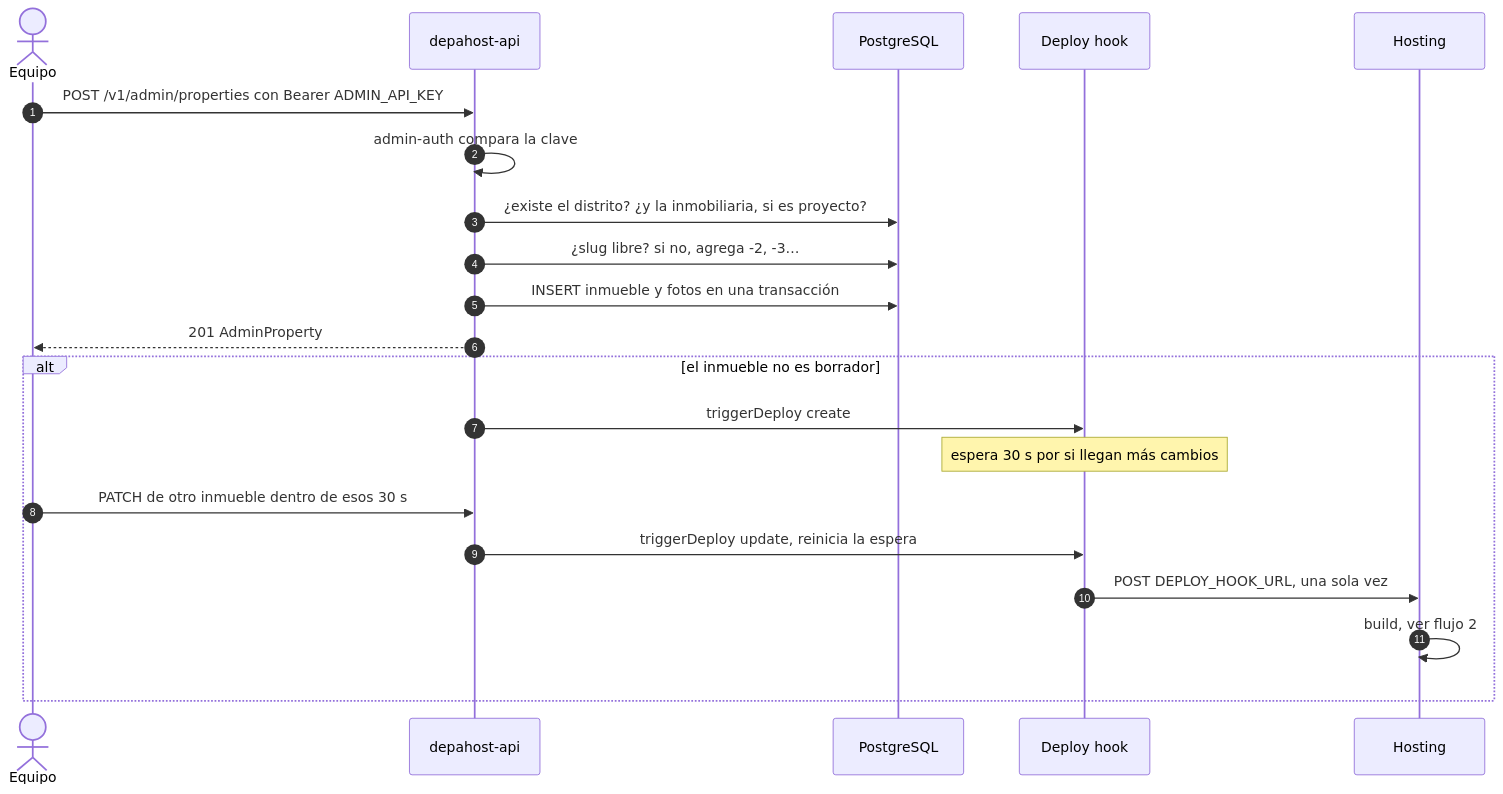
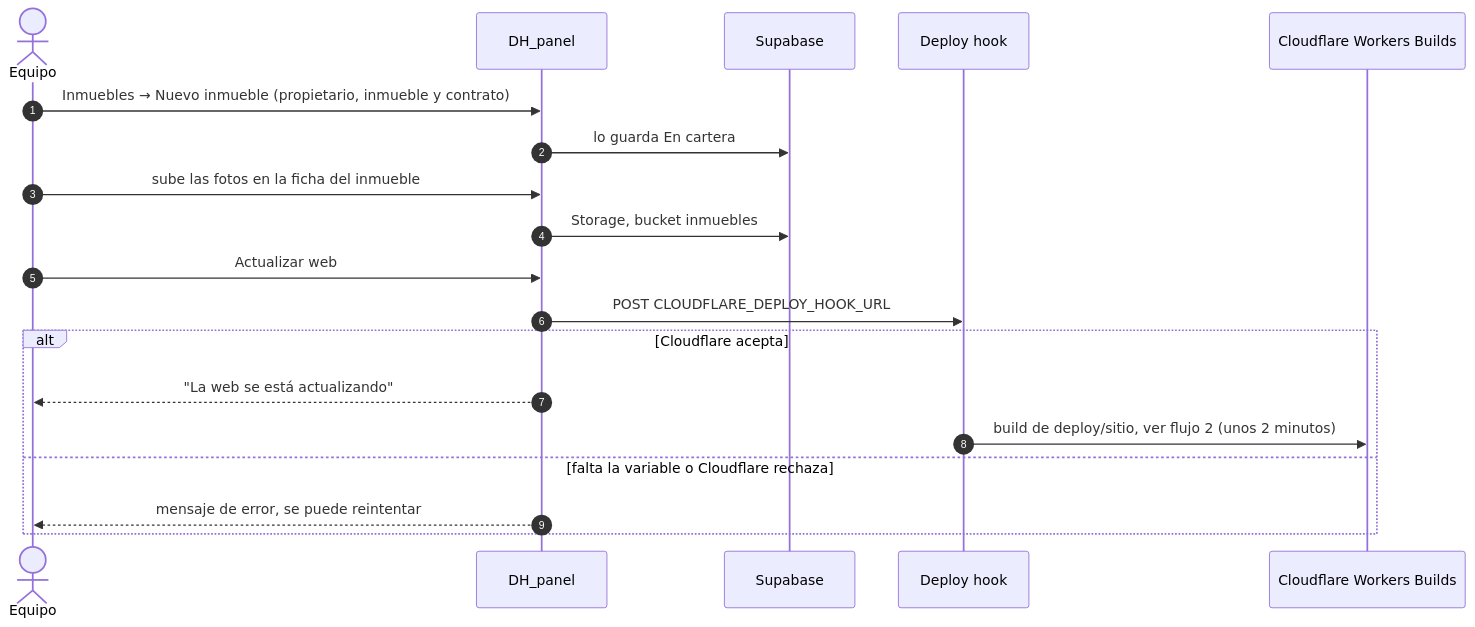
The third of 16 diagrams in docs/plataforma/05-flujos.md (samirharrytl/DHC_landing), drawn with Mermaid before and after one commit. The commit also changed other lines of this file and 94 other files, not shown here.

````diff
--- a/docs/plataforma/05-flujos.md
+++ b/docs/plataforma/05-flujos.md
@@ -128,24 +132,22 @@
 ```mermaid
 sequenceDiagram
     autonumber
     actor E as Equipo
-    participant API as depahost-api
-    participant DB as PostgreSQL
+    participant P as DH_panel
+    participant SB as Supabase
     participant DH as Deploy hook
-    participant H as Hosting
+    participant CF as Cloudflare Workers Builds
 
-    E->>API: POST /v1/admin/properties con Bearer ADMIN_API_KEY
-    API->>API: admin-auth compara la clave
-    API->>DB: ¿existe el distrito? ¿y la inmobiliaria, si es proyecto?
-    API->>DB: ¿slug libre? si no, agrega -2, -3…
-    API->>DB: INSERT inmueble y fotos en una transacción
-    API-->>E: 201 AdminProperty
-    alt el inmueble no es borrador
-        API->>DH: triggerDeploy create
-        Note over DH: espera 30 s por si llegan más cambios
-        E->>API: PATCH de otro inmueble dentro de esos 30 s
-        API->>DH: triggerDeploy update, reinicia la espera
-        DH->>H: POST DEPLOY_HOOK_URL, una sola vez
-        H->>H: build, ver flujo 2
+    E->>P: Inmuebles → Nuevo inmueble (propietario, inmueble y contrato)
+    P->>SB: lo guarda En cartera
+    E->>P: sube las fotos en la ficha del inmueble
+    P->>SB: Storage, bucket inmuebles
+    E->>P: Actualizar web
+    P->>DH: POST CLOUDFLARE_DEPLOY_HOOK_URL
+    alt Cloudflare acepta
+        P-->>E: "La web se está actualizando"
+        DH->>CF: build de deploy/sitio, ver flujo 2 (unos 2 minutos)
+    else falta la variable o Cloudflare rechaza
+        P-->>E: mensaje de error, se puede reintentar
     end
 ```
````
